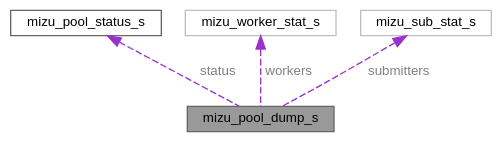
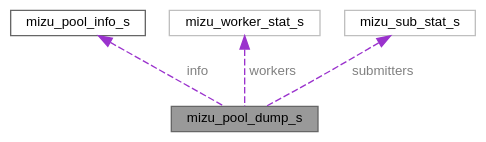
Before and after one commit to shikokuchuo/libmizu: the diagram in structmizu__pool__dump__s__coll__graph.dot, drawn with Graphviz. The commit also changed 34 other files, not shown here.

```diff
--- a/structmizu__pool__dump__s__coll__graph.dot
+++ b/structmizu__pool__dump__s__coll__graph.dot
@@ -1,17 +1,17 @@
 digraph "mizu_pool_dump_s"
 {
  // LATEX_PDF_SIZE
   bgcolor="transparent";
   edge [fontname=Helvetica,fontsize=10,labelfontname=Helvetica,labelfontsize=10];
   node [fontname=Helvetica,fontsize=10,shape=box,height=0.2,width=0.4];
   Node1 [id="Node000001",label="mizu_pool_dump_s",height=0.2,width=0.4,color="gray40", fillcolor="grey60", style="filled", fontcolor="black",tooltip=" "];
-  Node2 -> Node1 [id="edge1_Node000001_Node000002",dir="back",color="darkorchid3",style="dashed",tooltip=" ",label=<<TABLE CELLBORDER="0" BORDER="0"><TR><TD VALIGN="top" ALIGN="LEFT" CELLPADDING="1" CELLSPACING="0">status</TD></TR>
+  Node2 -> Node1 [id="edge1_Node000001_Node000002",dir="back",color="darkorchid3",style="dashed",tooltip=" ",label=<<TABLE CELLBORDER="0" BORDER="0"><TR><TD VALIGN="top" ALIGN="LEFT" CELLPADDING="1" CELLSPACING="0">info</TD></TR>
 </TABLE>> ,fontcolor="grey" ];
-  Node2 [id="Node000002",label="mizu_pool_status_s",height=0.2,width=0.4,color="gray40", fillcolor="white", style="filled",URL="$structmizu__pool__status__s.html",tooltip="Snapshots."];
+  Node2 [id="Node000002",label="mizu_pool_info_s",height=0.2,width=0.4,color="gray40", fillcolor="white", style="filled",URL="$structmizu__pool__info__s.html",tooltip="Snapshots."];
   Node3 -> Node1 [id="edge2_Node000001_Node000003",dir="back",color="darkorchid3",style="dashed",tooltip=" ",label=<<TABLE CELLBORDER="0" BORDER="0"><TR><TD VALIGN="top" ALIGN="LEFT" CELLPADDING="1" CELLSPACING="0">workers</TD></TR>
 </TABLE>> ,fontcolor="grey" ];
   Node3 [id="Node000003",label="mizu_worker_stat_s",height=0.2,width=0.4,color="grey75", fillcolor="white", style="filled",URL="$structmizu__worker__stat__s.html",tooltip=" "];
   Node4 -> Node1 [id="edge3_Node000001_Node000004",dir="back",color="darkorchid3",style="dashed",tooltip=" ",label=<<TABLE CELLBORDER="0" BORDER="0"><TR><TD VALIGN="top" ALIGN="LEFT" CELLPADDING="1" CELLSPACING="0">submitters</TD></TR>
 </TABLE>> ,fontcolor="grey" ];
   Node4 [id="Node000004",label="mizu_sub_stat_s",height=0.2,width=0.4,color="grey75", fillcolor="white", style="filled",URL="$structmizu__sub__stat__s.html",tooltip=" "];
 }
```
